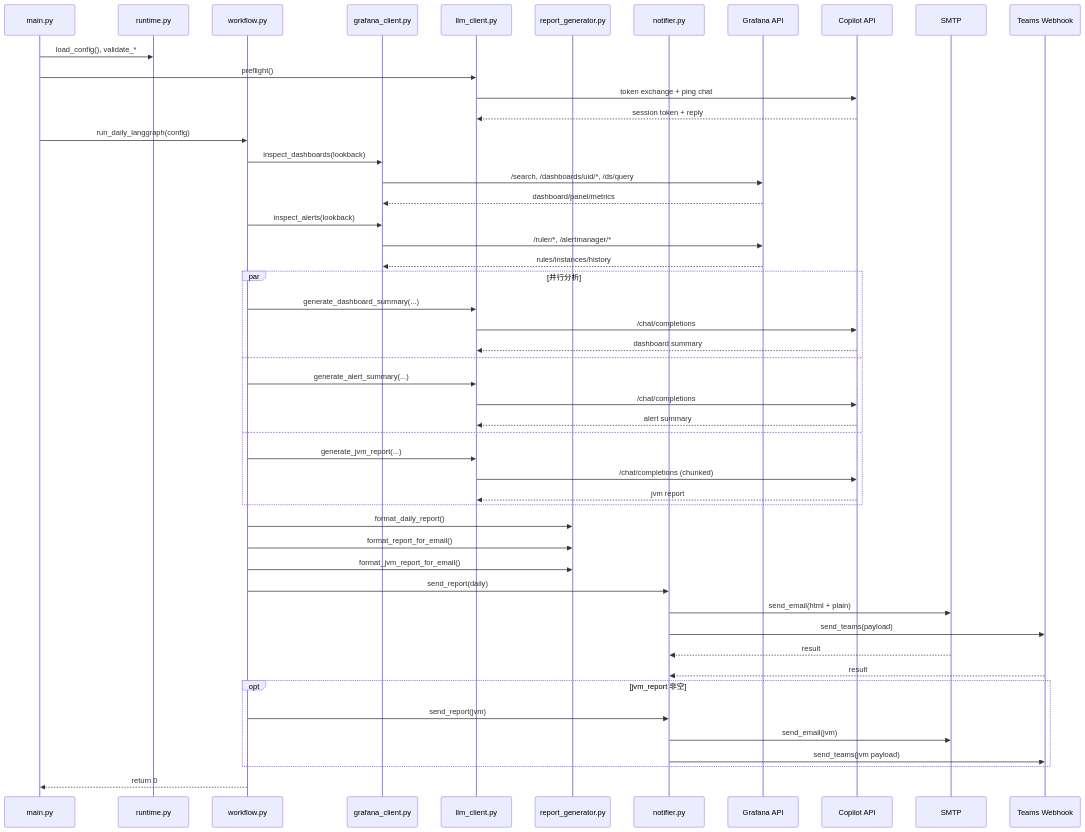
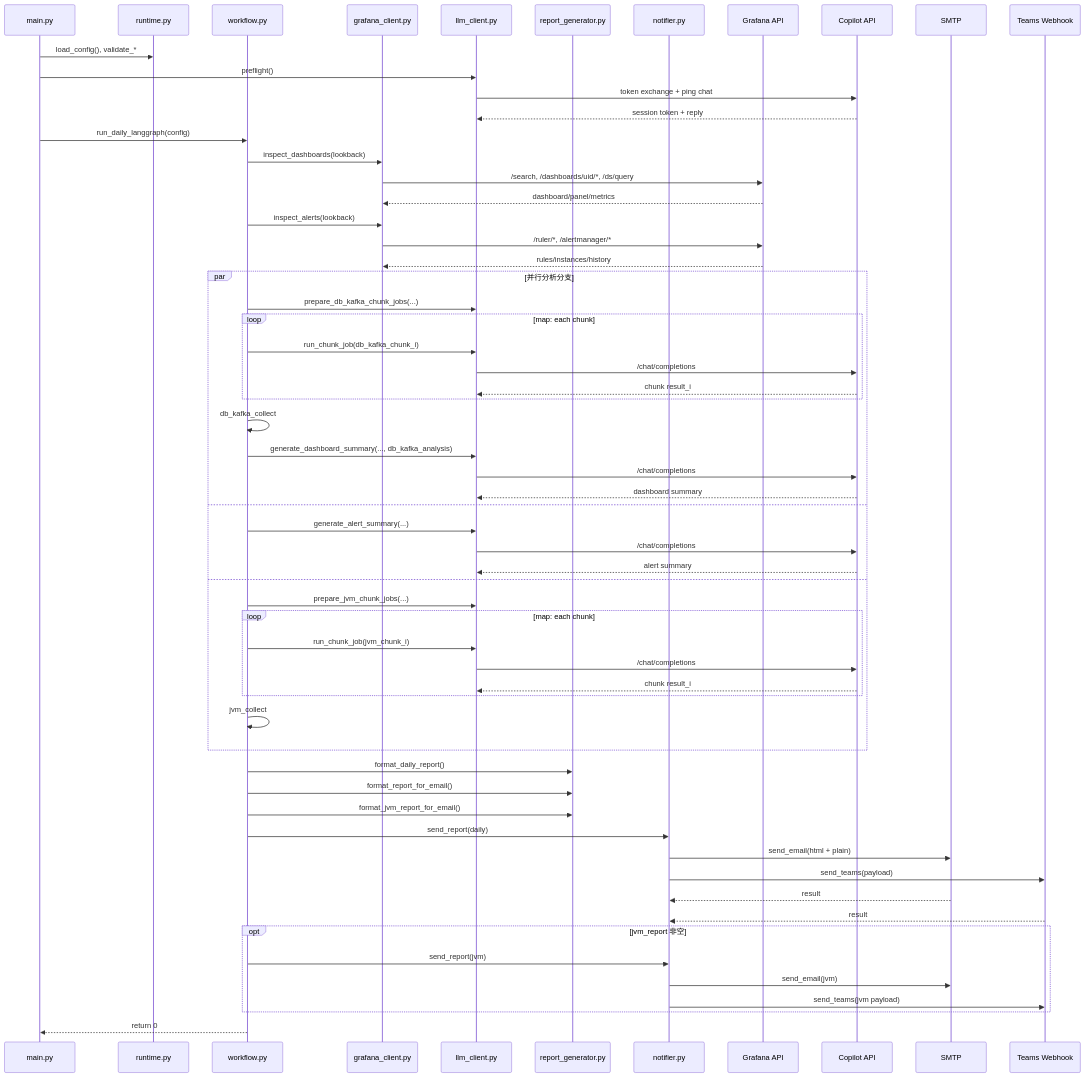
One commit to gengjie/grafana-inspection-agent changed the third of 4 diagrams in ARCHITECTURE.zh-CN.md. Above: the diagram before and after it, drawn with Mermaid. The commit also changed other lines of this file and 2 other files, not shown here.

Commit message:
refactor to sub agents mode for chunk jobs

````diff
--- a/ARCHITECTURE.zh-CN.md
+++ b/ARCHITECTURE.zh-CN.md
@@ -120,59 +136,70 @@
 ```mermaid
 sequenceDiagram
     participant CLI as main.py
     participant RT as runtime.py
     participant WF as workflow.py
     participant G as grafana_client.py
     participant LLM as llm_client.py
     participant RG as report_generator.py
     participant N as notifier.py
     participant ExtG as Grafana API
     participant ExtC as Copilot API
     participant SMTP as SMTP
     participant Teams as Teams Webhook
 
     CLI->>RT: load_config(), validate_*
     CLI->>LLM: preflight()
     LLM->>ExtC: token exchange + ping chat
     ExtC-->>LLM: session token + reply
 
     CLI->>WF: run_daily_langgraph(config)
     WF->>G: inspect_dashboards(lookback)
     G->>ExtG: /search, /dashboards/uid/*, /ds/query
     ExtG-->>G: dashboard/panel/metrics
     WF->>G: inspect_alerts(lookback)
     G->>ExtG: /ruler/*, /alertmanager/*
     ExtG-->>G: rules/instances/history
 
-    par 并行分析
-        WF->>LLM: generate_dashboard_summary(...)
+    par 并行分析分支
+      WF->>LLM: prepare_db_kafka_chunk_jobs(...)
+      loop map: each chunk
+        WF->>LLM: run_chunk_job(db_kafka_chunk_i)
         LLM->>ExtC: /chat/completions
-        ExtC-->>LLM: dashboard summary
+        ExtC-->>LLM: chunk result_i
+      end
+      WF->>WF: db_kafka_collect
+      WF->>LLM: generate_dashboard_summary(..., db_kafka_analysis)
+      LLM->>ExtC: /chat/completions
+      ExtC-->>LLM: dashboard summary
     and
-        WF->>LLM: generate_alert_summary(...)
+      WF->>LLM: generate_alert_summary(...)
+      LLM->>ExtC: /chat/completions
+      ExtC-->>LLM: alert summary
+    and
+      WF->>LLM: prepare_jvm_chunk_jobs(...)
+      loop map: each chunk
+        WF->>LLM: run_chunk_job(jvm_chunk_i)
         LLM->>ExtC: /chat/completions
-        ExtC-->>LLM: alert summary
-    and
-        WF->>LLM: generate_jvm_report(...)
-        LLM->>ExtC: /chat/completions (chunked)
-        ExtC-->>LLM: jvm report
+        ExtC-->>LLM: chunk result_i
+      end
+      WF->>WF: jvm_collect
     end
 
     WF->>RG: format_daily_report()
     WF->>RG: format_report_for_email()
     WF->>RG: format_jvm_report_for_email()
 
     WF->>N: send_report(daily)
     N->>SMTP: send_email(html + plain)
     N->>Teams: send_teams(payload)
     SMTP-->>N: result
     Teams-->>N: result
 
     opt jvm_report 非空
         WF->>N: send_report(jvm)
         N->>SMTP: send_email(jvm)
         N->>Teams: send_teams(jvm payload)
     end
 
     WF-->>CLI: return 0
 ```
````
